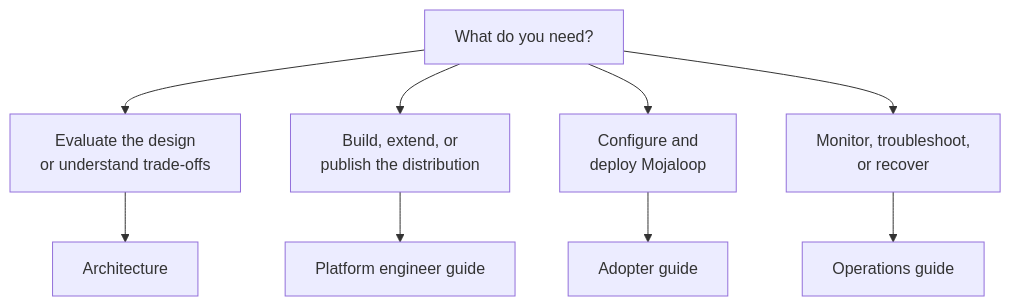
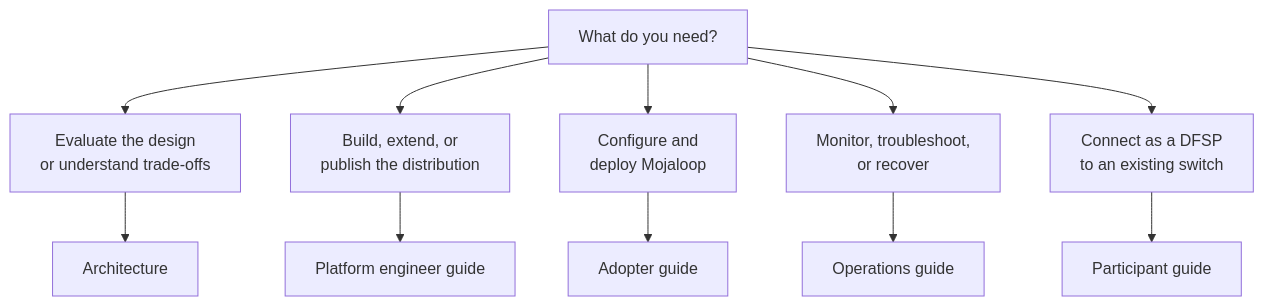
The first of 2 diagrams in docs/index.md (kiswend/ml-deployment-toolkit), drawn with Mermaid before and after one commit. The commit also changed other lines of this file and 15 other files, not shown here.

````diff
--- a/docs/index.md
+++ b/docs/index.md
@@ -9,19 +9,22 @@
 ```mermaid
 flowchart TD
     start["What do you need?"]
 
     start --> eval["Evaluate the design\nor understand trade-offs"]
     start --> build["Build, extend, or\npublish the distribution"]
     start --> deploy["Configure and\ndeploy Mojaloop"]
     start --> run["Monitor, troubleshoot,\nor recover"]
+    start --> join["Connect as a DFSP\nto an existing switch"]
 
     eval --> arch["Architecture"]
     build --> plat["Platform engineer guide"]
     deploy --> adopt["Adopter guide"]
     run --> ops["Operations guide"]
+    join --> part["Participant guide"]
 
     click arch "architecture/index.md"
     click plat "platform/index.md"
     click adopt "adopter/index.md"
     click ops "operations/index.md"
+    click part "participant/index.md"
 ```
````
